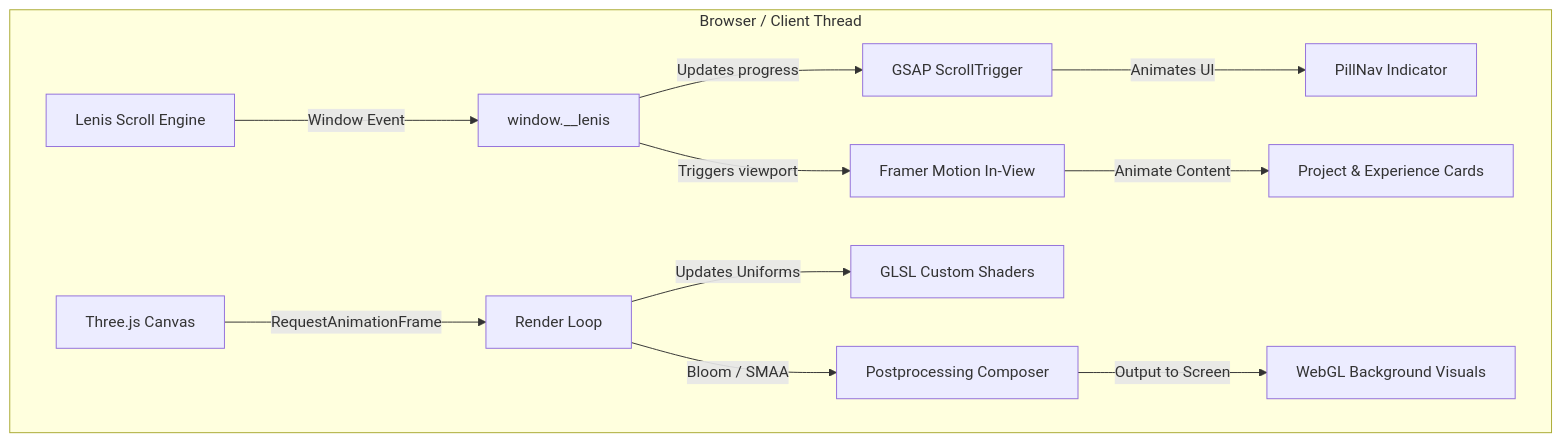
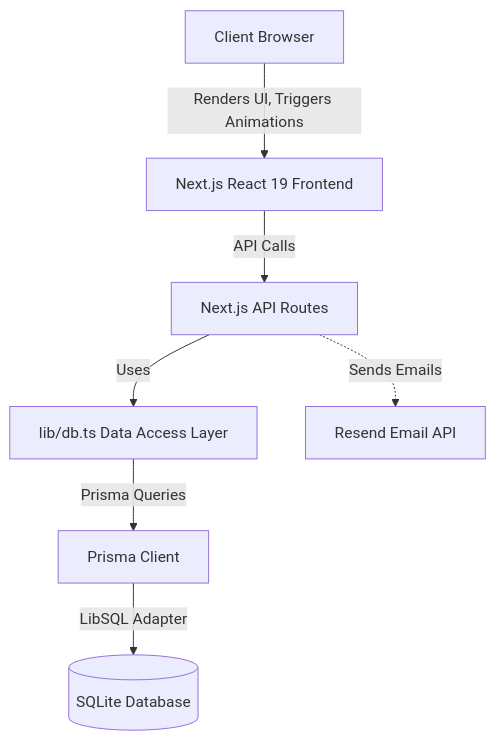
The first of 2 diagrams in README.md (sgk18/SGK18_Portfolio), drawn with Mermaid before and after one commit. The commit also changed other lines of this file, not shown here.

Commit message:
docs: condense and restructure README project overview and architecture documentation

````diff
--- a/README.md
+++ b/README.md
@@ -69,16 +33,9 @@
 ```mermaid
 flowchart TD
-    subgraph Client [Browser / Client Thread]
-        Scroll[Lenis Scroll Engine] -->|Window Event| GlobalScroll[window.__lenis]
-        GlobalScroll -->|Updates progress| GSAP[GSAP ScrollTrigger]
-        GlobalScroll -->|Triggers viewport| FM[Framer Motion In-View]
-        
-        GSAP -->|Animates UI| PillNav[PillNav Indicator]
-        FM -->|Animate Content| Cards[Project & Experience Cards]
-        
-        GLCanvas[Three.js Canvas] -->|RequestAnimationFrame| RenderLoop[Render Loop]
-        RenderLoop -->|Updates Uniforms| GLSL[GLSL Custom Shaders]
-        RenderLoop -->|Bloom / SMAA| PostProc[Postprocessing Composer]
-        PostProc -->|Output to Screen| WebGLCanvas[WebGL Background Visuals]
-    end
+    Client[Client Browser] --> |Renders UI, Triggers Animations| NextApp[Next.js React 19 Frontend]
+    NextApp --> |API Calls| APIRoutes[Next.js API Routes]
+    APIRoutes --> |Uses| DBService[lib/db.ts Data Access Layer]
+    DBService --> |Prisma Queries| Prisma[Prisma Client]
+    Prisma --> |LibSQL Adapter| SQLite[(SQLite Database)]
+    APIRoutes -.-> |Sends Emails| Resend[Resend Email API]
 ```
````
